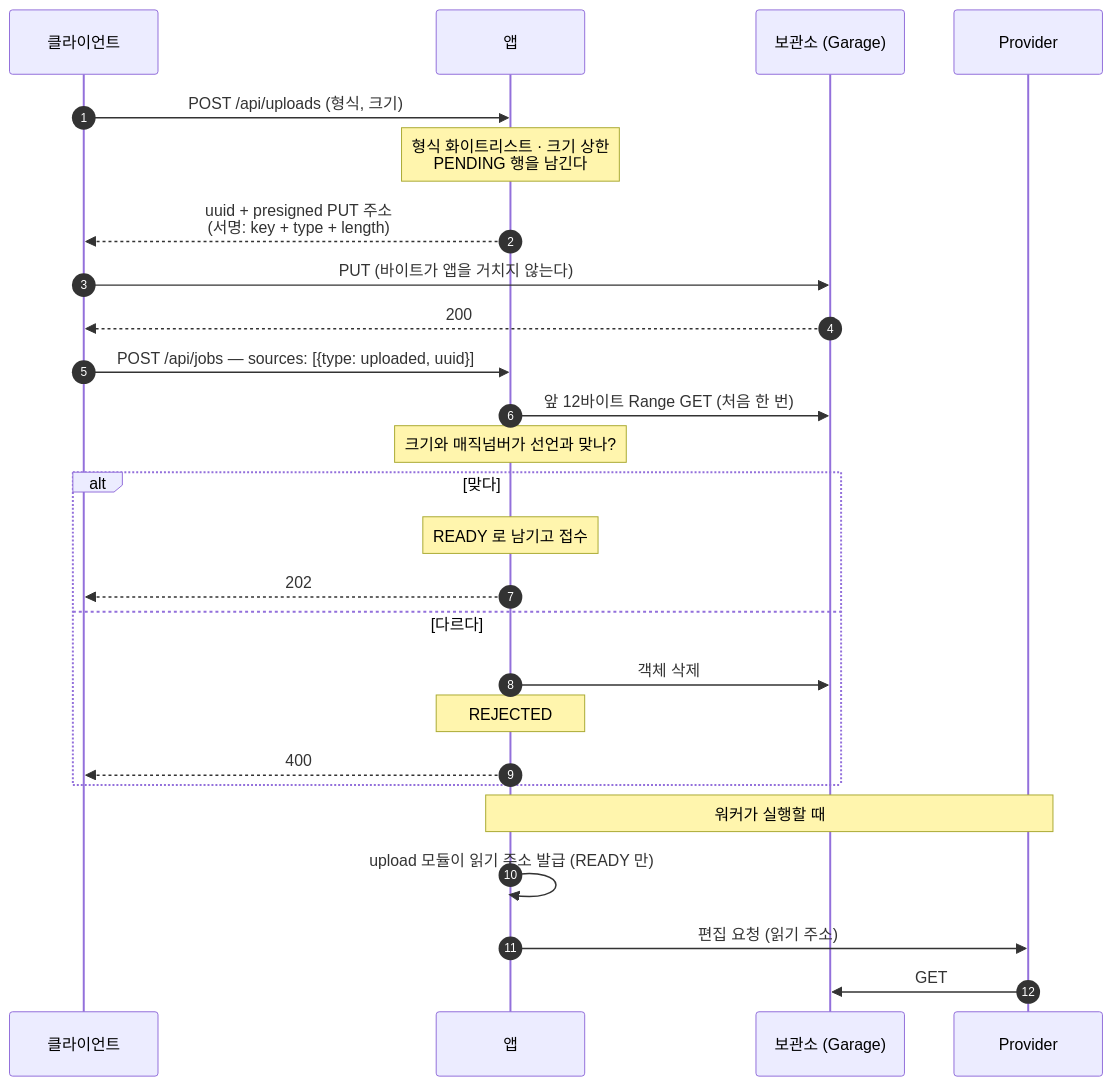
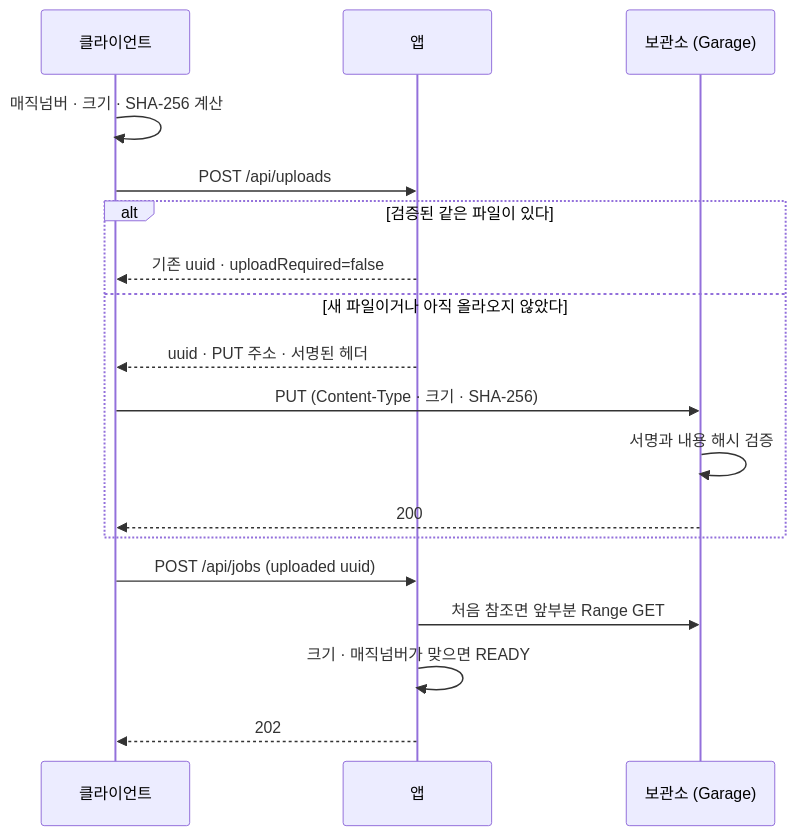
The diagram in docs/architecture/direct-upload.md (youngsu5582/personal-ai-workbench), drawn with Mermaid before and after one commit. The commit also changed other lines of this file and 2 other files, not shown here.

````diff
--- a/docs/architecture/direct-upload.md
+++ b/docs/architecture/direct-upload.md
@@ -12,32 +8,20 @@
 ```mermaid
 sequenceDiagram
-    autonumber
     participant C as 클라이언트
     participant A as 앱
     participant S as 보관소 (Garage)
-    participant P as Provider
-
-    C->>A: POST /api/uploads (형식, 크기)
-    Note over A: 형식 화이트리스트 · 크기 상한<br/>PENDING 행을 남긴다
-    A-->>C: uuid + presigned PUT 주소<br/>(서명: key + type + length)
-
-    C->>S: PUT (바이트가 앱을 거치지 않는다)
-    S-->>C: 200
-
-    C->>A: POST /api/jobs — sources: [{type: uploaded, uuid}]
-    A->>S: 앞 12바이트 Range GET (처음 한 번)
-    Note over A: 크기와 매직넘버가 선언과 맞나?
-    alt 맞다
-        Note over A: READY 로 남기고 접수
-        A-->>C: 202
-    else 다르다
-        A->>S: 객체 삭제
-        Note over A: REJECTED
-        A-->>C: 400
+    C->>C: 매직넘버 · 크기 · SHA-256 계산
+    C->>A: POST /api/uploads
+    alt 검증된 같은 파일이 있다
+        A-->>C: 기존 uuid · uploadRequired=false
+    else 새 파일이거나 아직 올라오지 않았다
+        A-->>C: uuid · PUT 주소 · 서명된 헤더
+        C->>S: PUT (Content-Type · 크기 · SHA-256)
+        S->>S: 서명과 내용 해시 검증
+        S-->>C: 200
     end
-
-    Note over A,P: 워커가 실행할 때
-    A->>A: upload 모듈이 읽기 주소 발급 (READY 만)
-    A->>P: 편집 요청 (읽기 주소)
-    P->>S: GET
+    C->>A: POST /api/jobs (uploaded uuid)
+    A->>S: 처음 참조면 앞부분 Range GET
+    A->>A: 크기 · 매직넘버가 맞으면 READY
+    A-->>C: 202
 ```
````
